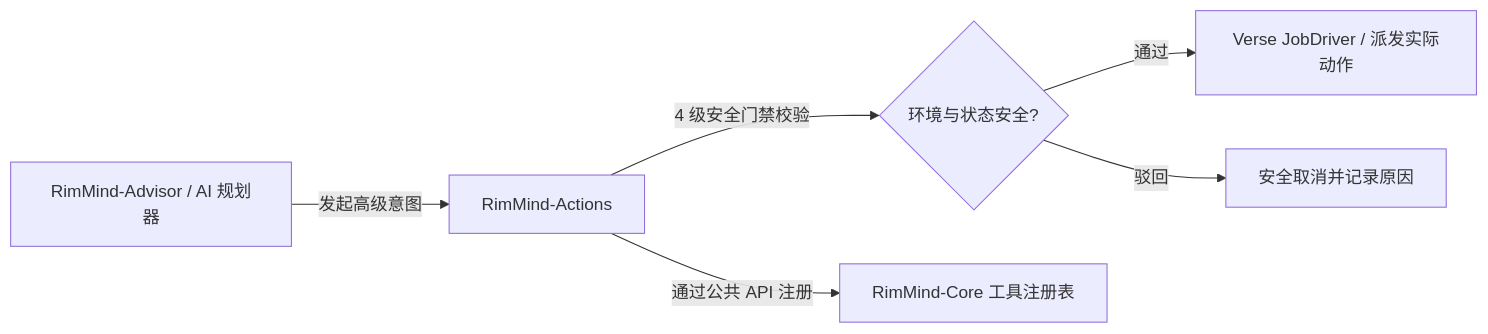
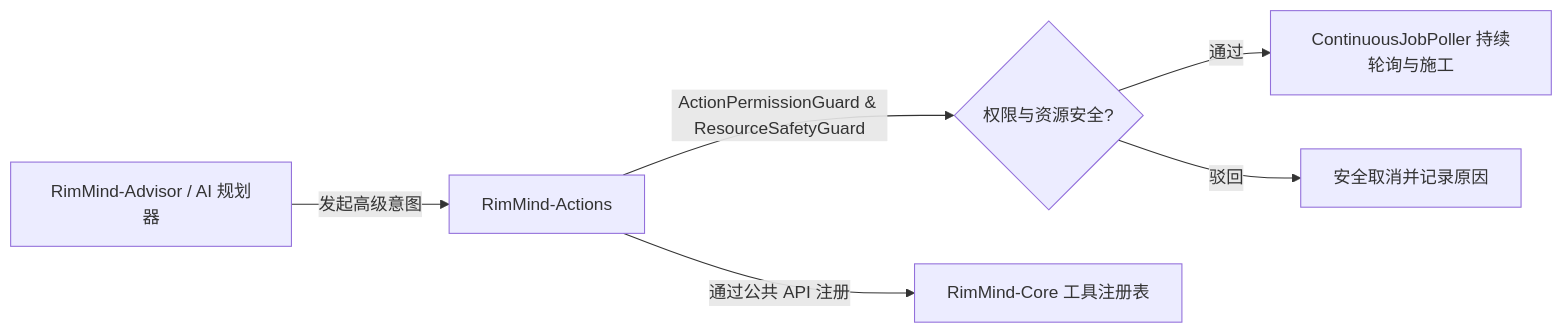
Before and after one commit to RimWorld-RimMind-Mod/RimWorld-RimMind-Mod-Actions: the diagram in README_zh.md, drawn with Mermaid. The commit also changed other lines of this file and 15 other files, not shown here.

First line of the commit message:
fix(actions): continuous Blueprint-to-Frame construction lifecycle and bilingual docs (#18)

````diff
--- a/README_zh.md
+++ b/README_zh.md
@@ -43,8 +46,8 @@
 ```mermaid
 flowchart LR
     Advisor["RimMind-Advisor / AI 规划器"] -->|发起高级意图| Actions["RimMind-Actions"]
-    Actions -->|4 级安全门禁校验| Gate{"环境与状态安全?"}
-    Gate -- 通过 --> Engine["Verse JobDriver / 派发实际动作"]
+    Actions -->|ActionPermissionGuard & ResourceSafetyGuard| Gate{"权限与资源安全?"}
+    Gate -- 通过 --> Poller["ContinuousJobPoller 持续轮询与施工"]
     Gate -- 驳回 --> Fallback["安全取消并记录原因"]
     Actions -->|通过公共 API 注册| Core["RimMind-Core 工具注册表"]
 ```
````
